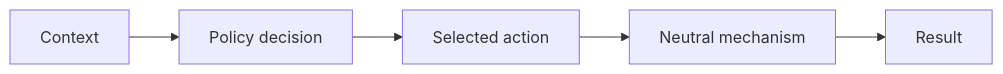
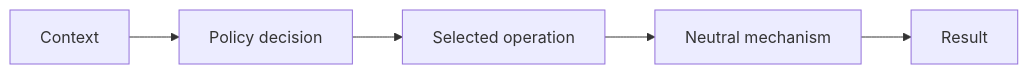
The diagram in docs/principles/details/p077-separate-policy-from-mechanism.md (HomericIntelligence/Athena), drawn with Mermaid before and after one commit. The commit also changed other lines of this file and 91 other files, not shown here.

````diff
--- a/docs/principles/details/p077-separate-policy-from-mechanism.md
+++ b/docs/principles/details/p077-separate-policy-from-mechanism.md
@@ -36,7 +37,7 @@
 ```mermaid
 flowchart LR
     A["Context"] --> B["Policy decision"]
-    B --> C["Selected action"]
+    B --> C["Selected operation"]
     C --> D["Neutral mechanism"]
     D --> E["Result"]
 ```
````
